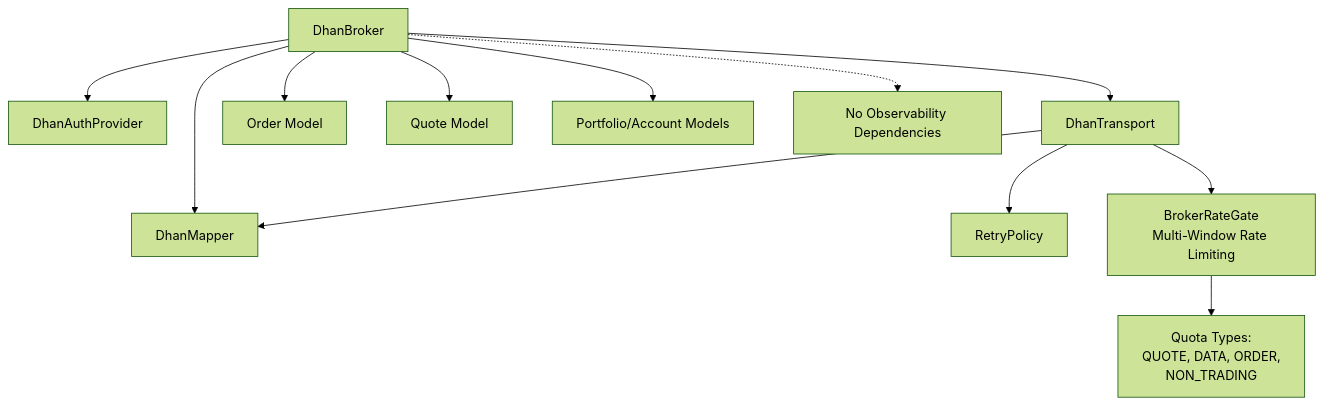
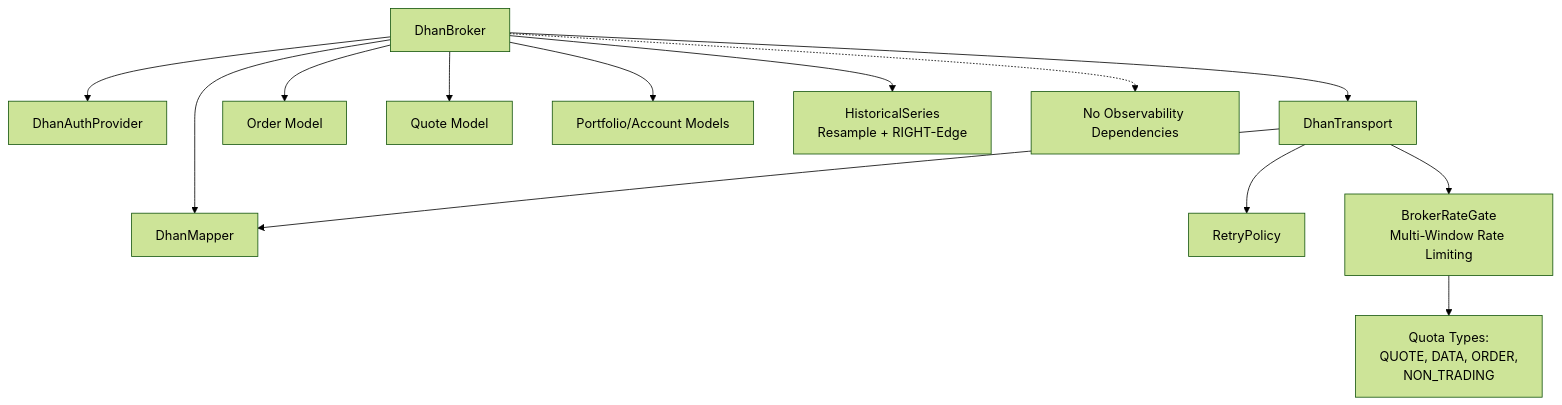
One commit to Ganesh-Kusundal/nTrade changed diagram 17 of 17 in .qoder/repowiki/en/content/Broker Integration/Dhan Broker Implementation.md. Above: the diagram before and after it, drawn with Mermaid (forest theme). The commit also changed other lines of this file and 2201 other files, not shown here.

Commit message:
Integrate completeness: live runner hardening, broker adapter layers, rate-limiting infrastructure, data pipeline (parquet OHLCV + ingestion scripts), contract testing framework, options analytics, and updated architecture/knowledge docs

````diff
--- a/.qoder/repowiki/en/content/Broker Integration/Dhan Broker Implementation.md
+++ b/.qoder/repowiki/en/content/Broker Integration/Dhan Broker Implementation.md
@@ -660,14 +773,15 @@
 ```mermaid
 graph TB
 DhanBroker["DhanBroker"] --> DhanAuthProvider["DhanAuthProvider"]
 DhanBroker --> DhanTransport["DhanTransport"]
 DhanBroker --> DhanMapper["DhanMapper"]
 DhanTransport --> RetryPolicy["RetryPolicy"]
 DhanTransport --> BrokerRateGate["BrokerRateGate<br/>Multi-Window Rate Limiting"]
 DhanTransport --> DhanMapper
 DhanBroker --> OrderModel["Order Model"]
 DhanBroker --> QuoteModel["Quote Model"]
 DhanBroker --> PortfolioModel["Portfolio/Account Models"]
+DhanBroker --> HistoricalSeries["HistoricalSeries<br/>Resample + RIGHT-Edge"]
 DhanBroker -.-> NoObs["No Observability Dependencies"]
 BrokerRateGate --> QuotaTypes["Quota Types:<br/>QUOTE, DATA, ORDER,<br/>NON_TRADING"]
 ```
````
